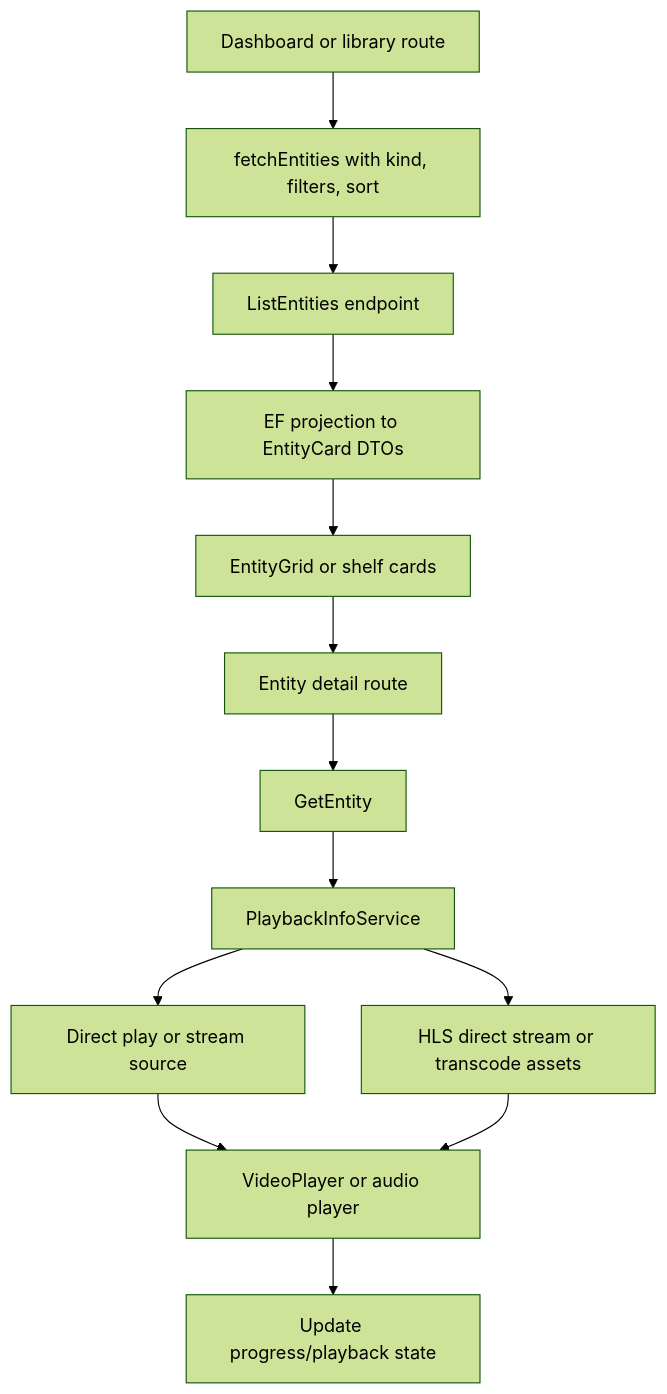
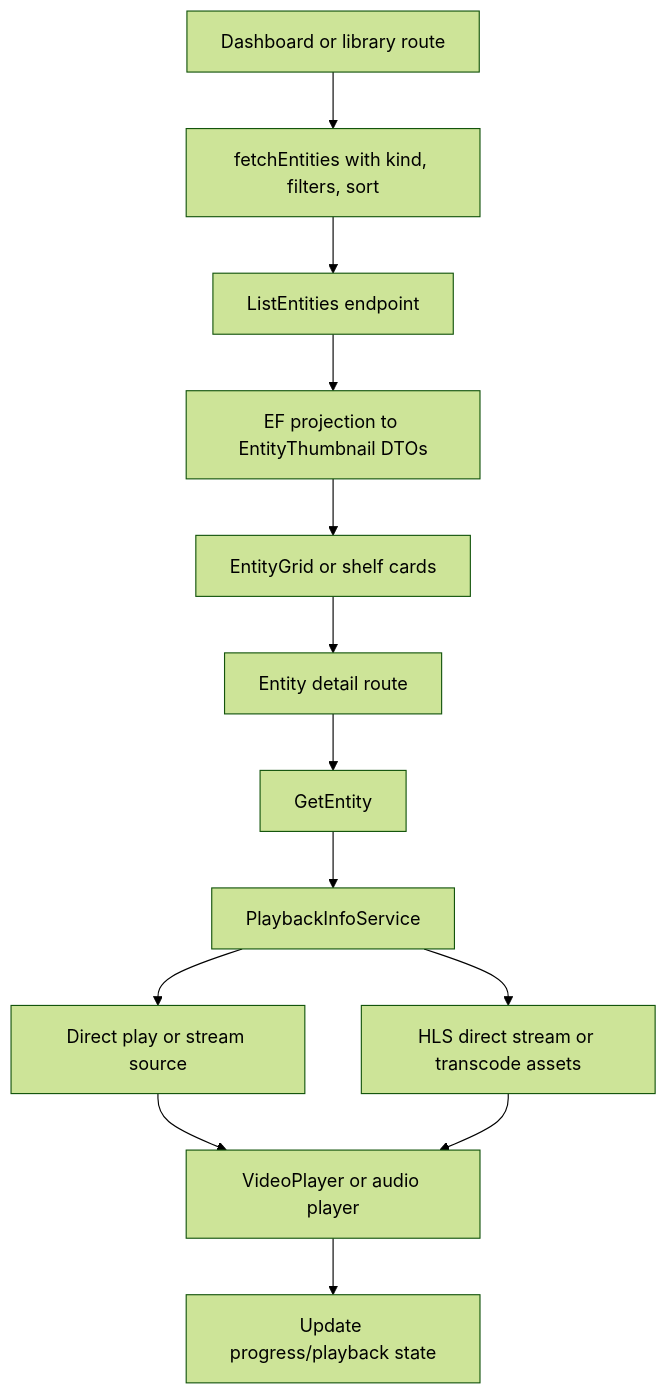
Before and after one commit to pauljoda/Prismedia: the ninth of 12 diagrams in documentation-site/docs/developers/codebase-flow.md, drawn with Mermaid (forest theme). The commit also changed other lines of this file and 5 other files, not shown here.

Commit message:
docs: map entity definitions and data flow

````diff
--- a/documentation-site/docs/developers/codebase-flow.md
+++ b/documentation-site/docs/developers/codebase-flow.md
@@ -279,15 +279,15 @@
 ```mermaid
 flowchart TD
   Dashboard["Dashboard or library route"] --> Fetch["fetchEntities with kind, filters, sort"]
   Fetch --> EntityList["ListEntities endpoint"]
-  EntityList --> Projection["EF projection to EntityCard DTOs"]
+  EntityList --> Projection["EF projection to EntityThumbnail DTOs"]
   Projection --> Grid["EntityGrid or shelf cards"]
   Grid --> Detail["Entity detail route"]
   Detail --> DetailEndpoint["GetEntity"]
   DetailEndpoint --> PlayerDecision["PlaybackInfoService"]
   PlayerDecision --> Direct["Direct play or stream source"]
   PlayerDecision --> HLS["HLS direct stream or transcode assets"]
   Direct --> Player["VideoPlayer or audio player"]
   HLS --> Player
   Player --> Progress["Update progress/playback state"]
 ```
````
